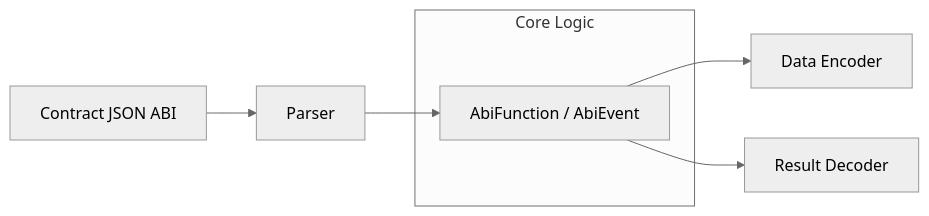
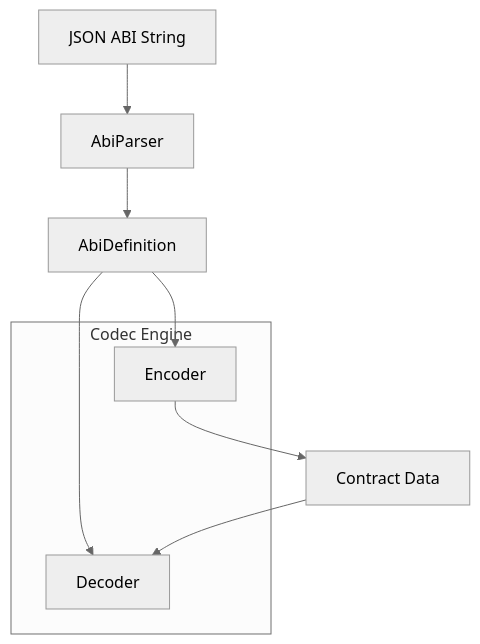
Before and after one commit to ImL1s/dart_web3: the diagram in dart_web3/packages/abi/README.md, drawn with Mermaid (neutral theme). The commit also changed other lines of this file and 31 other files, not shown here.

````diff
--- a/dart_web3/packages/abi/README.md
+++ b/dart_web3/packages/abi/README.md
@@ -15,11 +17,15 @@
 ```mermaid
-graph LR
-    JsonABI[Contract JSON ABI] --> Parser
-    Parser --> Definition[AbiFunction / AbiEvent]
-    Definition --> Encoder[Data Encoder]
-    Definition --> Decoder[Result Decoder]
+graph TD
+    JSON[JSON ABI String] --> Parser[AbiParser]
+    Parser --> Model[AbiDefinition]
     
-    subgraph Registry [Core Logic]
-        Definition
+    subgraph Execution [Codec Engine]
+        Encoder[Encoder]
+        Decoder[Decoder]
     end
+    
+    Model --> Encoder
+    Model --> Decoder
+    Encoder --> Bytes[Contract Data]
+    Bytes --> Decoder
 ```
````
